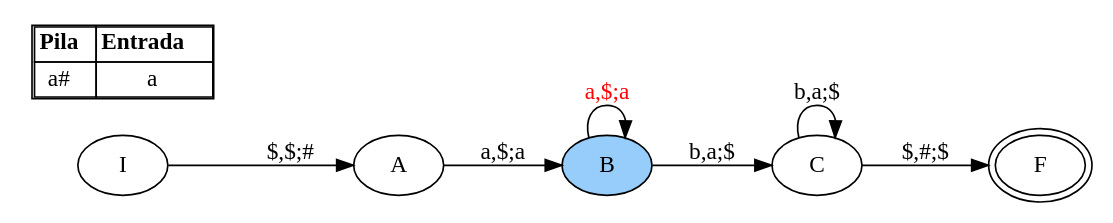
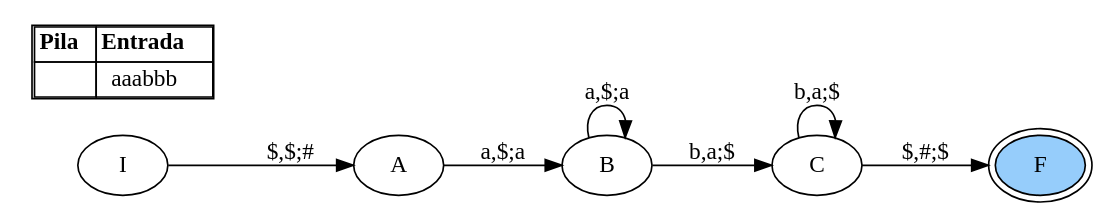
Before and after one commit to sebas-v-c/LFP_P2_202109114: the diagram in Res/.input.dot, drawn with Graphviz. The commit also changed 8 other files, not shown here.

```diff
--- a/Res/.input.dot
+++ b/Res/.input.dot
@@ -1,26 +1,26 @@
 digraph G{
 rankdir=LR;
 I;A;B;C;F;
 F [peripheries=2];
-B [style=filled fillcolor="#96CDFB"];
+F [style=filled fillcolor="#96CDFB"];
 I -> A [label="$,$;#"];
 A -> B [label="a,$;a"];
-B -> B [label="a,$;a" fontcolor="red"];
+B -> B [label="a,$;a"];
 B -> C [label="b,a;$"];
 C -> C [label="b,a;$"];
 C -> F [label="$,#;$"];
 node [shape=record];
 "node" [
 label =<<TABLE BORDER="1" CELLBORDER="1" CELLSPACING="0">
 <tr>
 <td><B>Pila</B></td>
 <td><B>Entrada</B></td>
 </tr>
 <tr>
-<td>a#</td>
-<td>a</td>
+<td></td>
+<td>aaabbb</td>
 </tr>
 </TABLE>>
 shape="none"
 ];
 }
```
